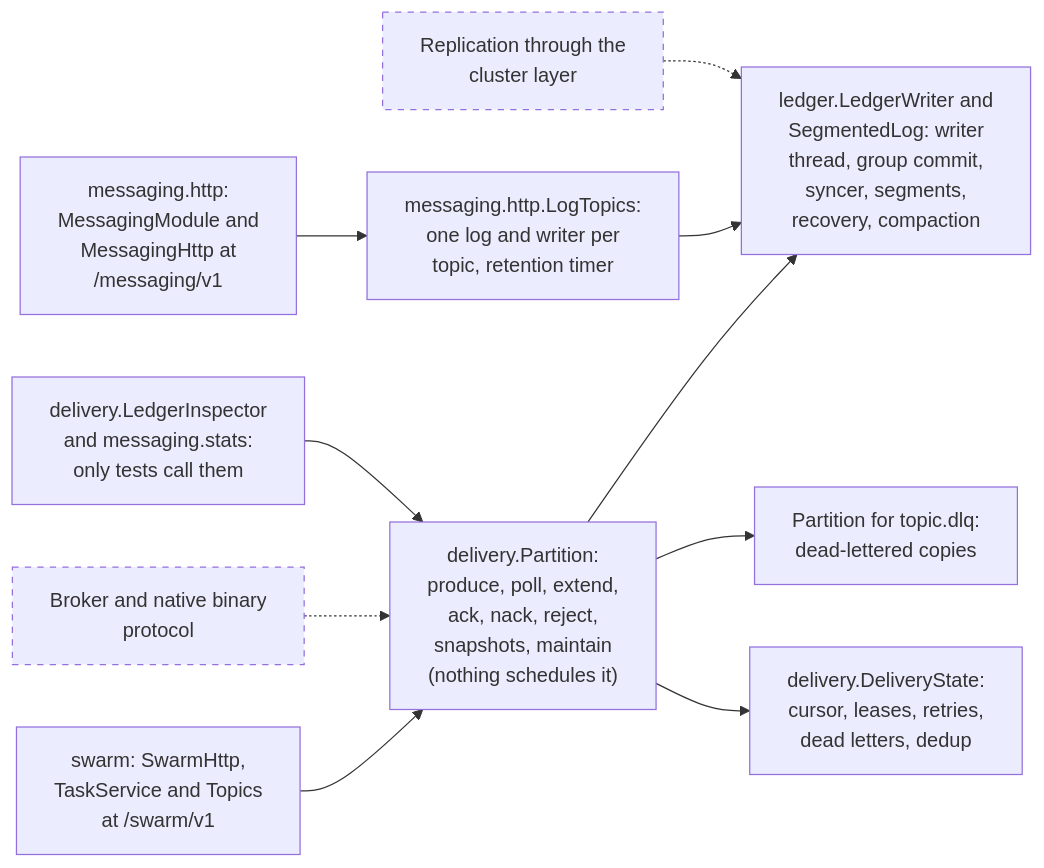
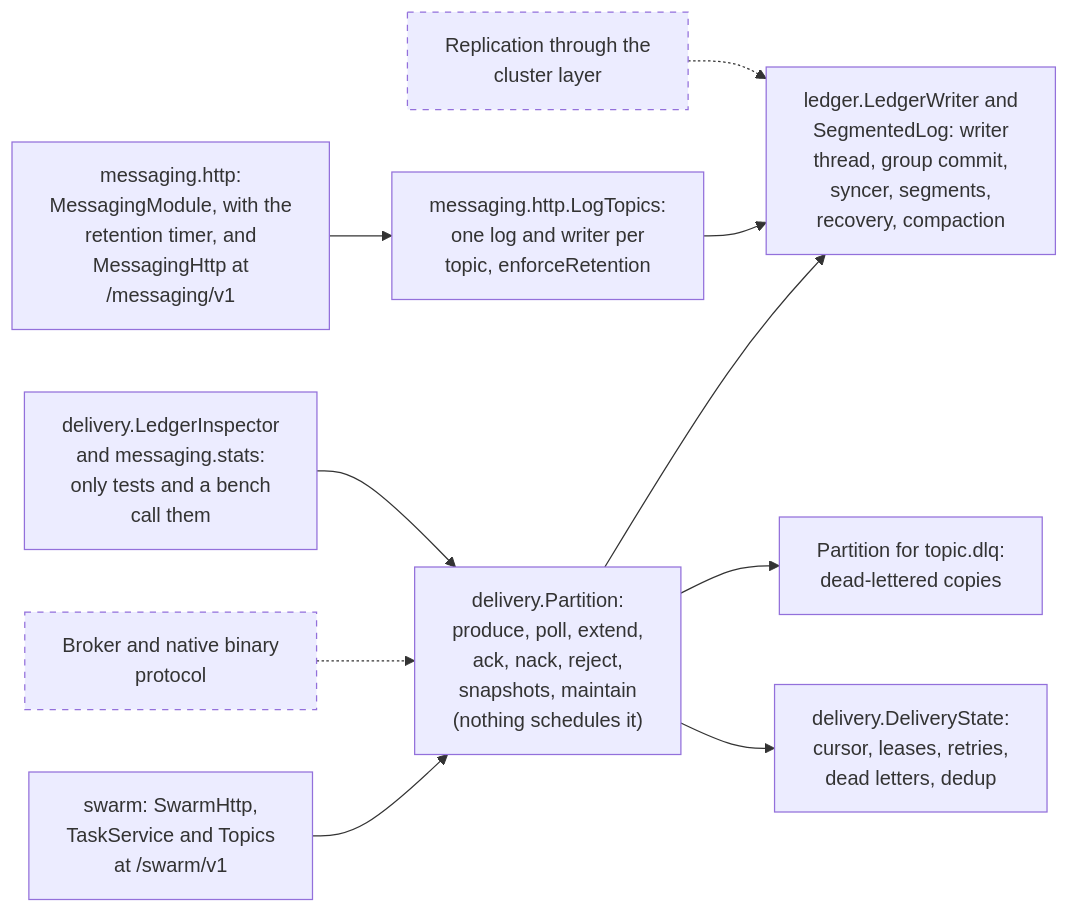
Before and after one commit to BlivionIaG/sjws_nettask: the third of 3 diagrams in docs/messaging/design.md, drawn with Mermaid. The commit also changed other lines of this file and 19 other files, not shown here.

First line of the commit message:
docs: fix the diagrams the fact-check found imprecise

````diff
--- a/docs/messaging/design.md
+++ b/docs/messaging/design.md
@@ -197,26 +198,26 @@
 ```mermaid
 flowchart LR
-    mh["messaging.http:<br/>MessagingModule and<br/>MessagingHttp at<br/>/messaging/v1"]
+    mh["messaging.http:<br/>MessagingModule, with the<br/>retention timer, and<br/>MessagingHttp at<br/>/messaging/v1"]
     sh["swarm: SwarmHttp,<br/>TaskService and Topics<br/>at /swarm/v1"]
     br["Broker and native binary<br/>protocol"]
-    tools["delivery.LedgerInspector<br/>and messaging.stats:<br/>only tests call them"]
+    tools["delivery.LedgerInspector<br/>and messaging.stats:<br/>only tests and a bench<br/>call them"]
     rep["Replication through the<br/>cluster layer"]
-    lt["messaging.http.LogTopics:<br/>one log and writer per<br/>topic, retention timer"]
+    lt["messaging.http.LogTopics:<br/>one log and writer per<br/>topic, enforceRetention"]
     part["delivery.Partition:<br/>produce, poll, extend,<br/>ack, nack, reject,<br/>snapshots, maintain<br/>(nothing schedules it)"]
     ds["delivery.DeliveryState:<br/>cursor, leases, retries,<br/>dead letters, dedup"]
     dlq["Partition for topic.dlq:<br/>dead-lettered copies"]
     led["ledger.LedgerWriter and<br/>SegmentedLog: writer<br/>thread, group commit,<br/>syncer, segments,<br/>recovery, compaction"]
 
     mh --> lt
     lt --> led
     sh --> part
     br -.-> part
     tools --> part
     part --> ds
     part --> dlq
     part --> led
     rep -.-> led
 
     classDef design stroke-dasharray: 5 5
     class br,rep design
 ```
````
